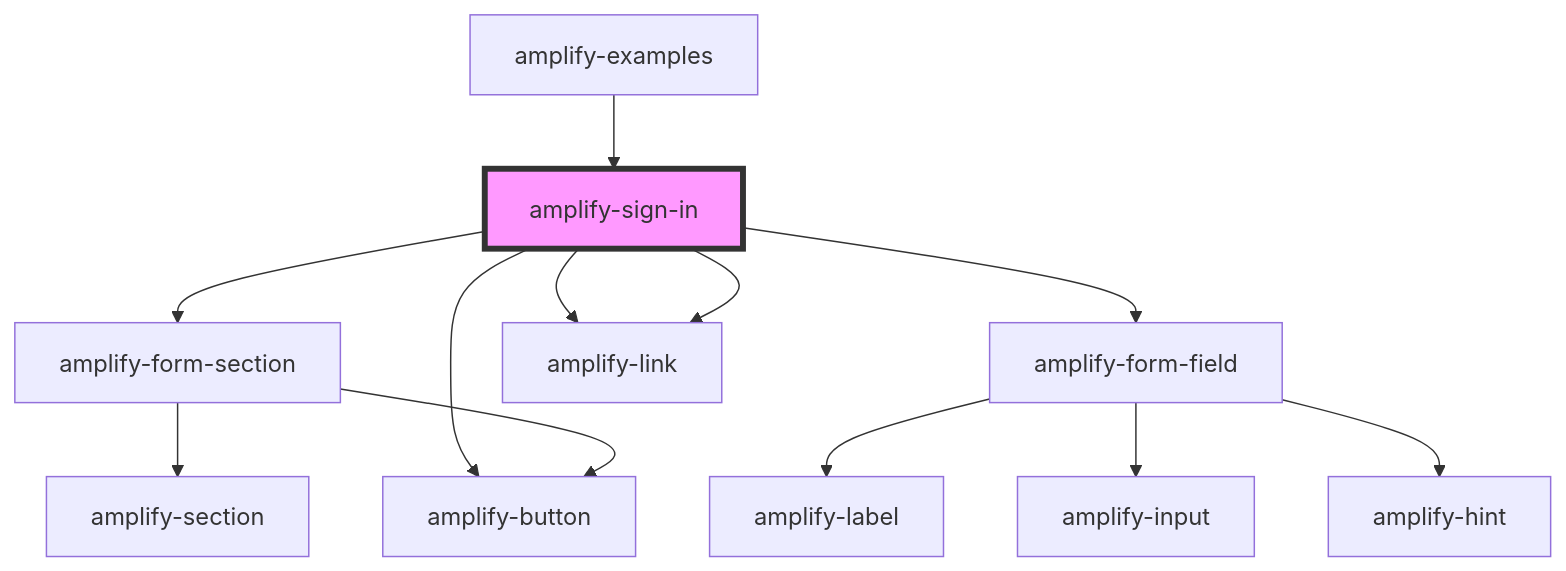
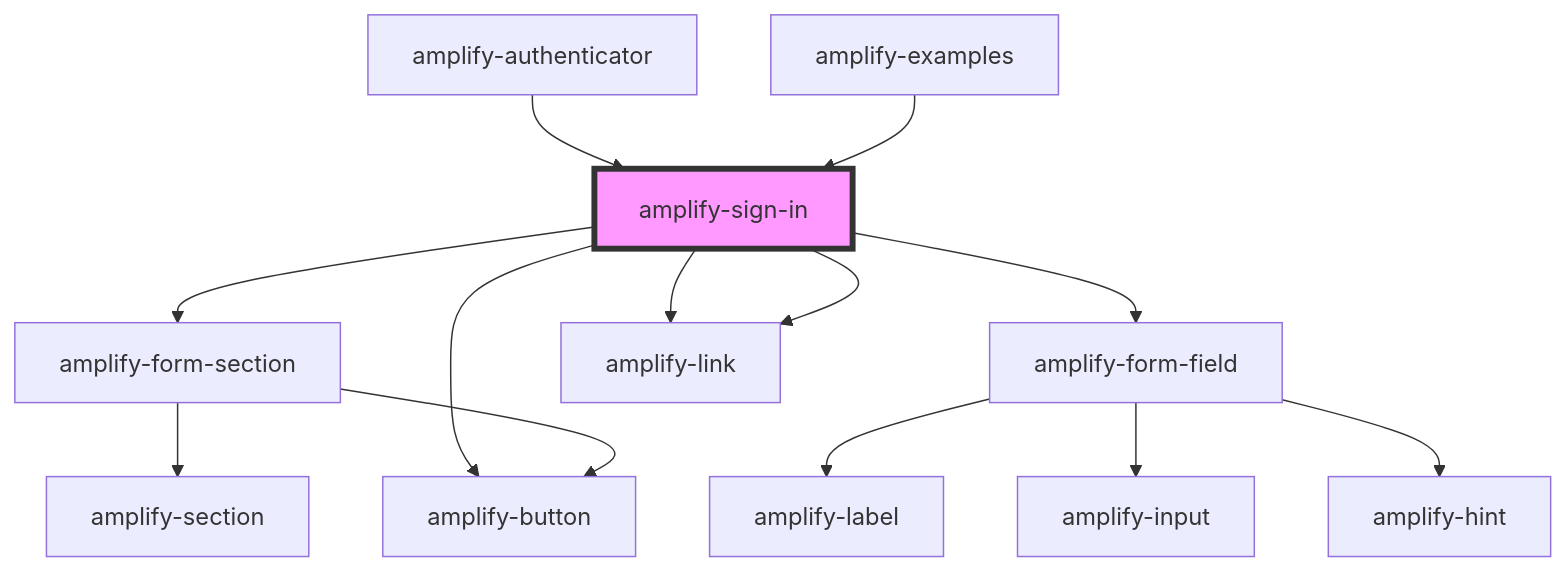
The diagram in packages/amplify-ui-components/src/components/amplify-sign-in/readme.md (aws-amplify/amplify-js), drawn with Mermaid before and after one commit. The commit also changed other lines of this file and 12 other files, not shown here.

````diff
--- a/packages/amplify-ui-components/src/components/amplify-sign-in/readme.md
+++ b/packages/amplify-ui-components/src/components/amplify-sign-in/readme.md
@@ -32,15 +33,16 @@
 ```mermaid
 graph TD;
   amplify-sign-in --> amplify-form-section
   amplify-sign-in --> amplify-form-field
   amplify-sign-in --> amplify-link
   amplify-sign-in --> amplify-link
   amplify-sign-in --> amplify-button
   amplify-form-section --> amplify-section
   amplify-form-section --> amplify-button
   amplify-form-field --> amplify-label
   amplify-form-field --> amplify-input
   amplify-form-field --> amplify-hint
+  amplify-authenticator --> amplify-sign-in
   amplify-examples --> amplify-sign-in
   style amplify-sign-in fill:#f9f,stroke:#333,stroke-width:4px
 ```
````
